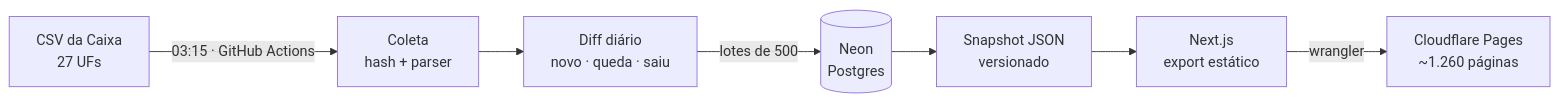
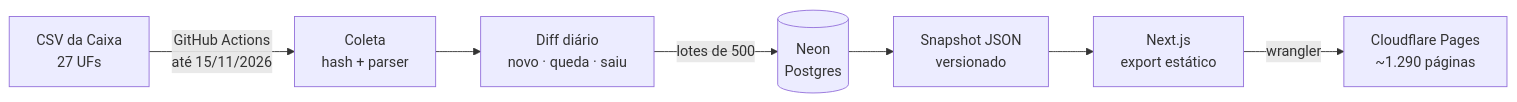
Before and after one commit to tarlisodoria/garimpo-imoveis: the diagram in README.md, drawn with Mermaid. The commit also changed other lines of this file and 12 other files, not shown here.

````diff
--- a/README.md
+++ b/README.md
@@ -60,9 +61,9 @@
 ```mermaid
 flowchart LR
-    caixa["CSV da Caixa<br/>27 UFs"] -->|"03:15 · GitHub Actions"| coleta["Coleta<br/>hash + parser"]
+    caixa["CSV da Caixa<br/>27 UFs"] -->|"GitHub Actions<br/>até 15/11/2026"| coleta["Coleta<br/>hash + parser"]
     coleta --> diff["Diff diário<br/>novo · queda · saiu"]
     diff -->|"lotes de 500"| neon[("Neon<br/>Postgres")]
     neon --> snapshot["Snapshot JSON<br/>versionado"]
     snapshot --> build["Next.js<br/>export estático"]
-    build -->|"wrangler"| pages["Cloudflare Pages<br/>~1.260 páginas"]
+    build -->|"wrangler"| pages["Cloudflare Pages<br/>~1.290 páginas"]
 ```
````
